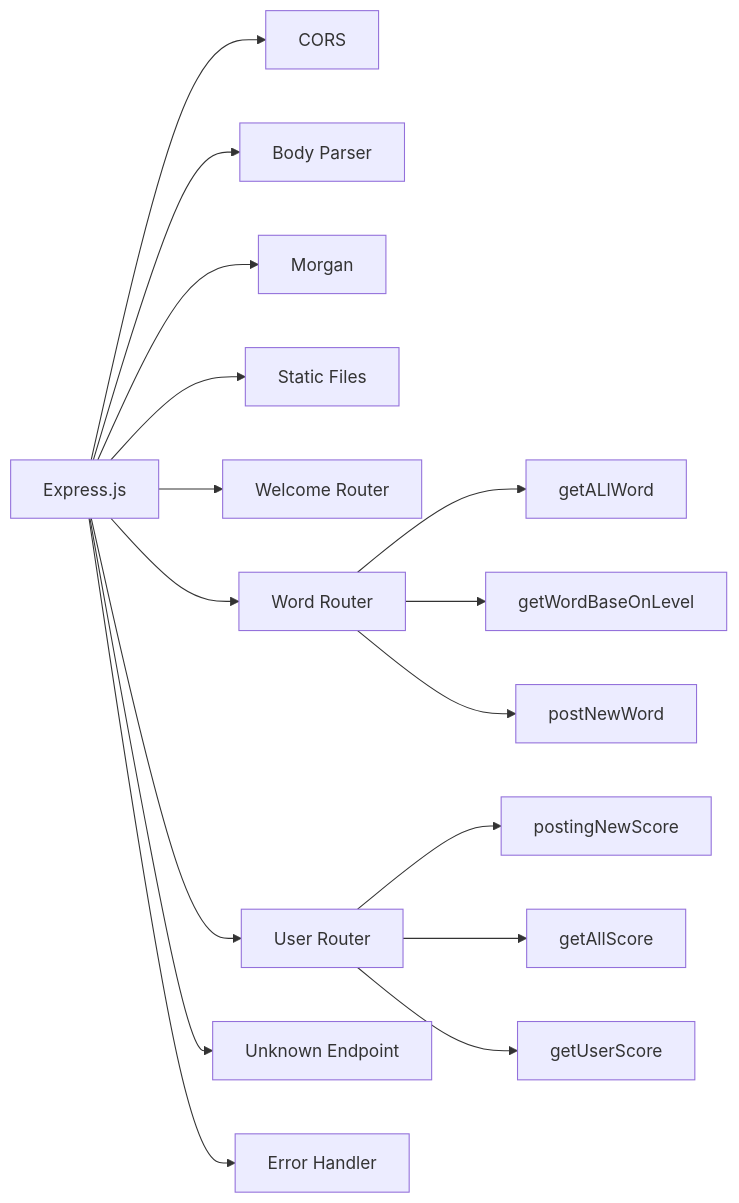
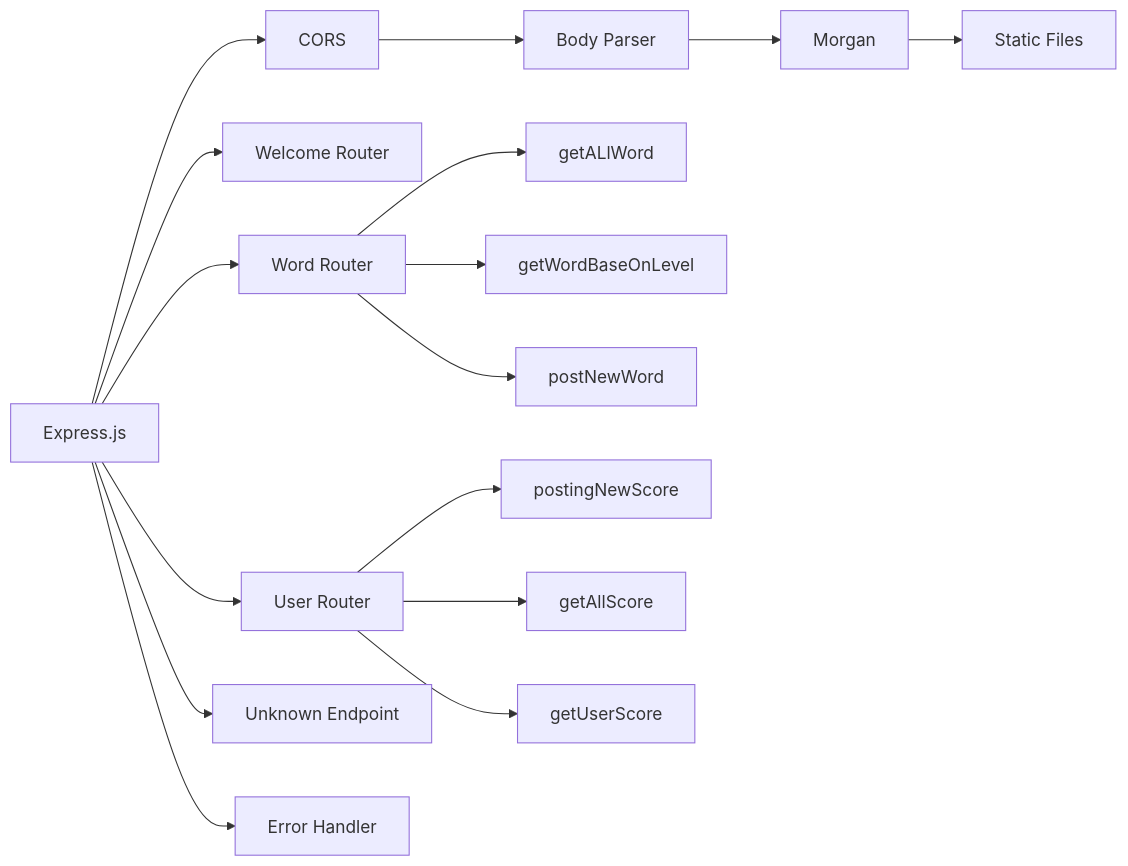
The diagram in README.md (TuanDao-0110/Dino-s_Last_Word_Game), drawn with Mermaid before and after one commit.

Commit message:
fixed direction of graph

````diff
--- a/README.md
+++ b/README.md
@@ -57,19 +57,16 @@
 ```mermaid
 graph LR;
-  A[Express.js] --> B[CORS];
-  A[Express.js] --> C[Body Parser];
-  A[Express.js] --> D[Morgan];
-  A[Express.js] --> E[Static Files];
+  A[Express.js] --> B[CORS] --> C[Body Parser] --> D[Morgan] --> E[Static Files];
   A[Express.js] --> F[Welcome Router];
   A[Express.js] --> G[Word Router];
   A[Express.js] --> H[User Router];
   A[Express.js] --> I[Unknown Endpoint];
   A[Express.js] --> J[Error Handler];
   G --> GA[getALlWord];
   G --> GB[getWordBaseOnLevel];
   G --> GC[postNewWord];
   H --> HA[postingNewScore];
   H --> HB[getAllScore];
   H --> HC[getUserScore];
 
 ```
````
